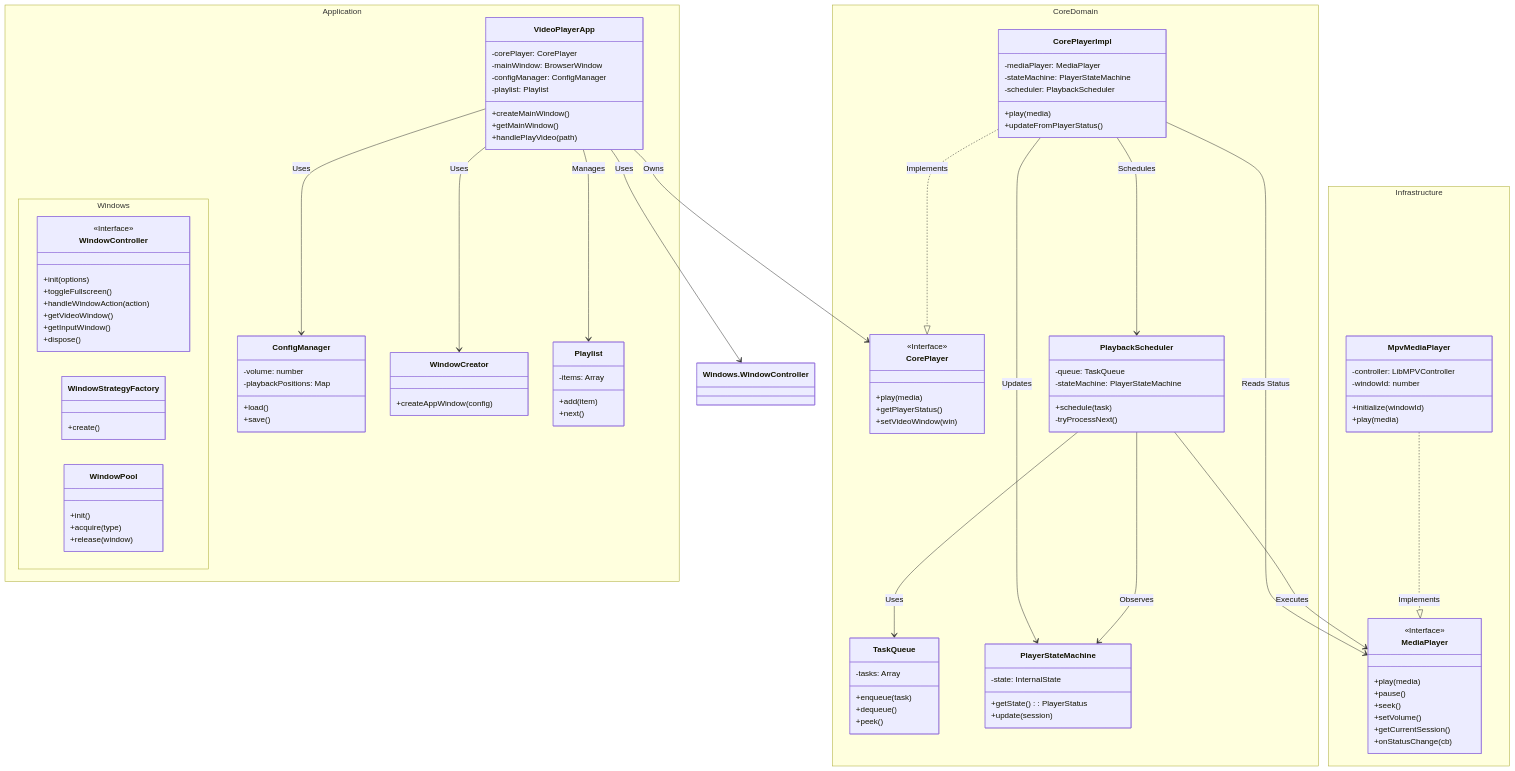
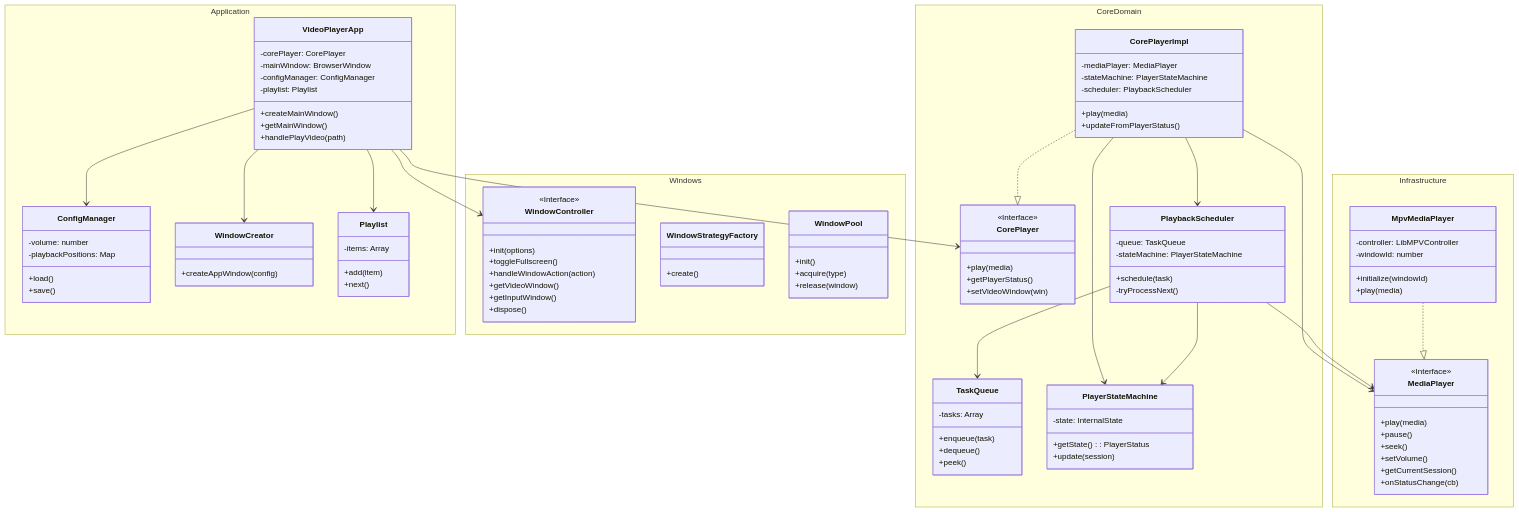
One commit to Lucas-lgm/lumiere changed the third of 10 diagrams in docs/architecture/ARCHITECTURE.md. Above: the diagram before and after it, drawn with Mermaid.

Commit message:
docs(architecture): 调整架构文档中的类图布局
- 将 Windows 命名空间移动到 VideoPlayerApp 命名空间外部，使其与 CoreDomain 并列
- 移除类关系中的冗余描述文字，使图表更简洁
- 保持所有类定义和关系不变，仅调整组织结构

````diff
--- a/docs/architecture/ARCHITECTURE.md
+++ b/docs/architecture/ARCHITECTURE.md
@@ -188,31 +188,33 @@
         class WindowCreator {
             +createAppWindow(config)
         }
-        
-        namespace Windows {
-            class WindowController {
-                <<Interface>>
-                +init(options)
-                +toggleFullscreen()
-                +handleWindowAction(action)
-                +getVideoWindow()
-                +getInputWindow()
-                +dispose()
-            }
-            class WindowStrategyFactory {
-                +create()
-            }
-            class WindowPool {
-                +init()
-                +acquire(type)
-                +release(window)
-            }
-        }
-        
+
         class Playlist {
             -items: Array
             +add(item)
             +next()
+        }
+    }
+
+    namespace Windows {
+        class WindowController {
+            <<Interface>>
+            +init(options)
+            +toggleFullscreen()
+            +handleWindowAction(action)
+            +getVideoWindow()
+            +getInputWindow()
+            +dispose()
+        }
+
+        class WindowStrategyFactory {
+            +create()
+        }
+
+        class WindowPool {
+            +init()
+            +acquire(type)
+            +release(window)
         }
     }
 
@@ -273,20 +275,20 @@
     }
 
     %% Relationships
-    VideoPlayerApp --> CorePlayer : Owns
-    VideoPlayerApp --> WindowCreator : Uses
-    VideoPlayerApp --> Windows.WindowController : Uses
-    VideoPlayerApp --> ConfigManager : Uses
-    VideoPlayerApp --> Playlist : Manages
-    
-    CorePlayerImpl ..|> CorePlayer : Implements
-    CorePlayerImpl --> PlaybackScheduler : Schedules
-    CorePlayerImpl --> MediaPlayer : Reads Status
-    CorePlayerImpl --> PlayerStateMachine : Updates
-    
-    PlaybackScheduler --> TaskQueue : Uses
-    PlaybackScheduler --> PlayerStateMachine : Observes
-    PlaybackScheduler --> MediaPlayer : Executes
-    
-    MpvMediaPlayer ..|> MediaPlayer : Implements
+    VideoPlayerApp --> CorePlayer
+    VideoPlayerApp --> WindowCreator
+    VideoPlayerApp --> WindowController
+    VideoPlayerApp --> ConfigManager
+    VideoPlayerApp --> Playlist
+
+    CorePlayerImpl ..|> CorePlayer
+    CorePlayerImpl --> PlaybackScheduler
+    CorePlayerImpl --> MediaPlayer
+    CorePlayerImpl --> PlayerStateMachine
+
+    PlaybackScheduler --> TaskQueue
+    PlaybackScheduler --> PlayerStateMachine
+    PlaybackScheduler --> MediaPlayer
+
+    MpvMediaPlayer ..|> MediaPlayer
 ```
````
